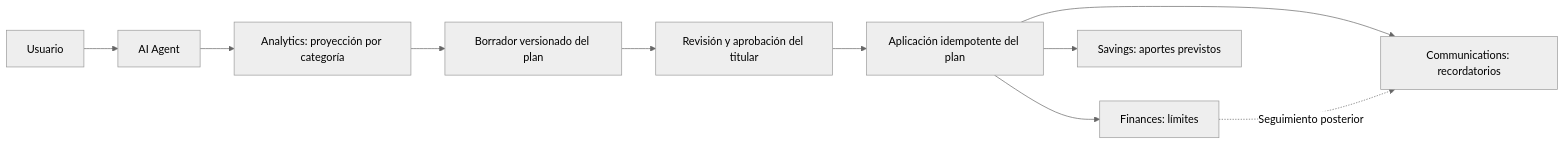
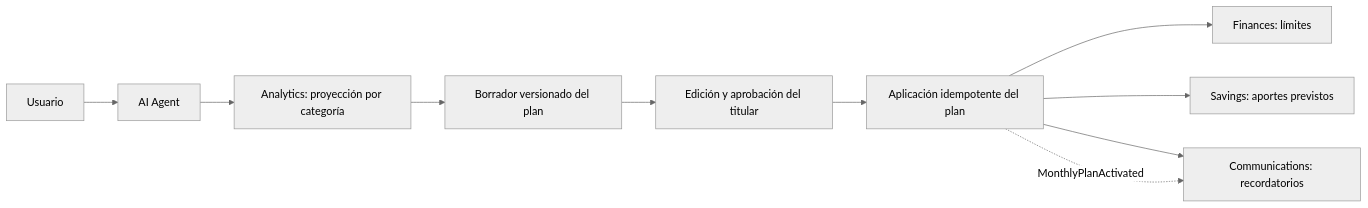
The seventh of 7 diagrams in docs/04-cha04-strategic-level-software-design.md (G3-Arquitectura-de-Software-Emergentes/TF_1ASI0728_202620_TF), drawn with Mermaid (neutral theme) before and after one commit. The commit also changed other lines of this file and 18 other files, not shown here.

````diff
--- a/docs/04-cha04-strategic-level-software-design.md
+++ b/docs/04-cha04-strategic-level-software-design.md
@@ -1054,12 +1130,12 @@
 ```mermaid
 flowchart LR
  U[Usuario] --> A[AI Agent]
  A --> N[Analytics: proyección por categoría]
  N --> P[Borrador versionado del plan]
- P --> R[Revisión y aprobación del titular]
+ P --> R[Edición y aprobación del titular]
  R --> O[Aplicación idempotente del plan]
  O --> F[Finances: límites]
  O --> S[Savings: aportes previstos]
  O --> C[Communications: recordatorios]
- F -. Seguimiento posterior .-> C
+ O -. MonthlyPlanActivated .-> C
 ```
````
